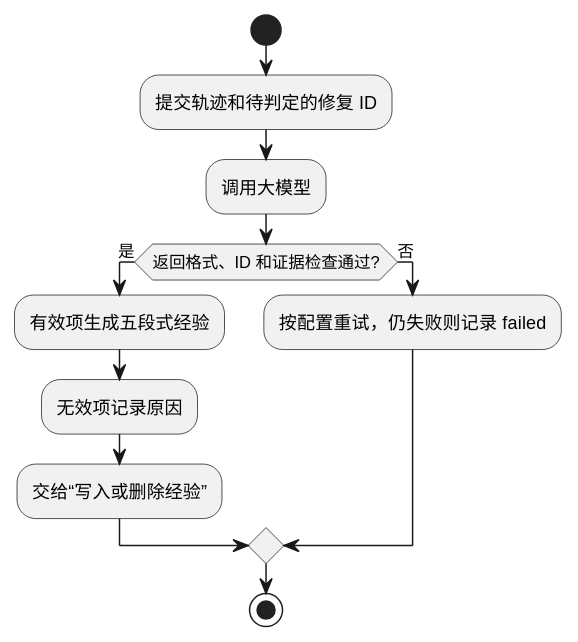
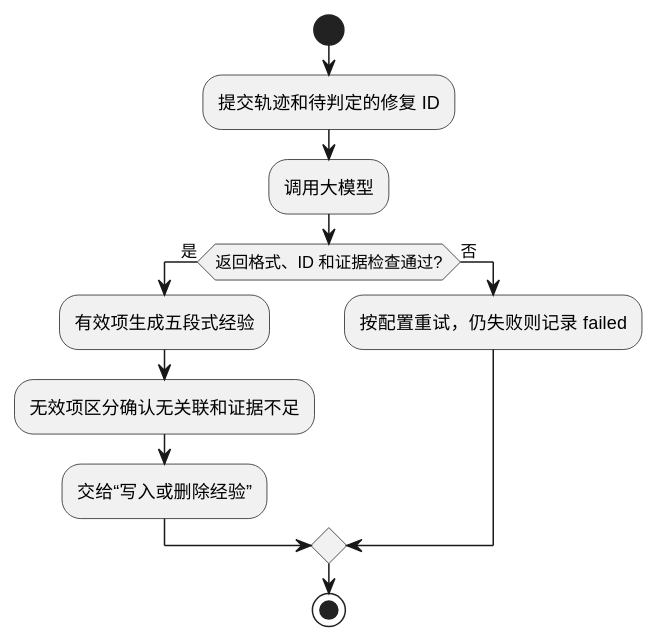
Diagram 11 of 15 in docs/调测轨迹经验提取设计文档.md (yf990848-droid/experience), drawn with PlantUML before and after one commit. The commit also changed other lines of this file, not shown here.

````diff
--- a/docs/调测轨迹经验提取设计文档.md
+++ b/docs/调测轨迹经验提取设计文档.md
@@ -390,15 +392,15 @@
 ```plantuml
 @startuml
 start
 :提交轨迹和待判定的修复 ID;
 :调用大模型;
 if (返回格式、ID 和证据检查通过?) then (是)
   :有效项生成五段式经验;
-  :无效项记录原因;
+  :无效项区分确认无关联和证据不足;
   :交给“写入或删除经验”;
 else (否)
   :按配置重试，仍失败则记录 failed;
 endif
 stop
 @enduml
 ```
````
